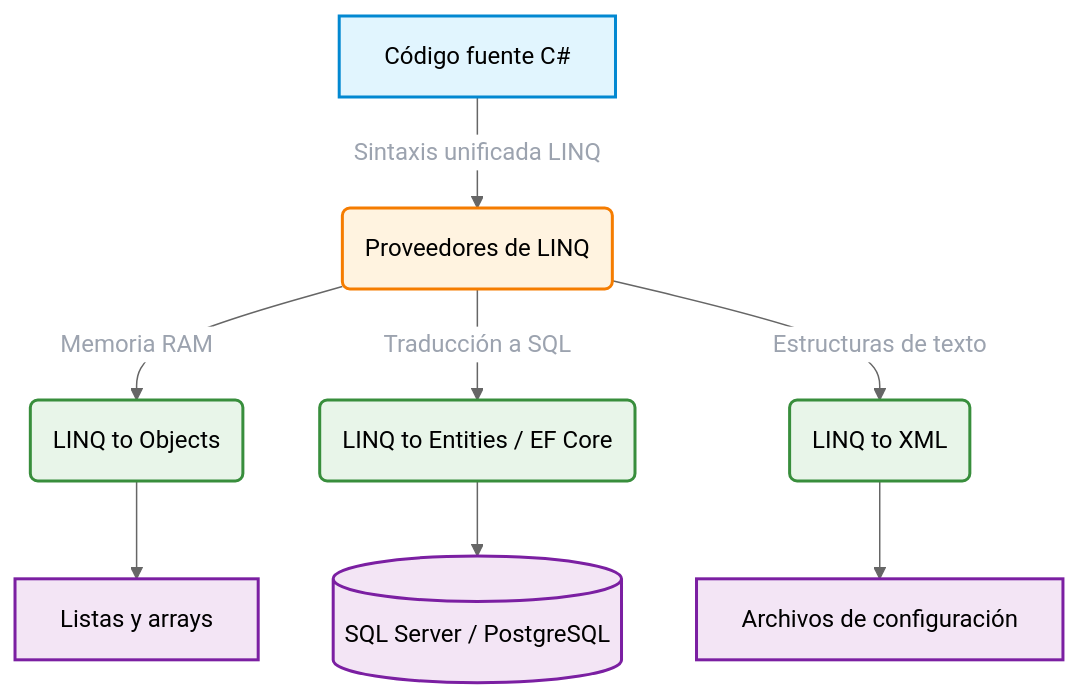
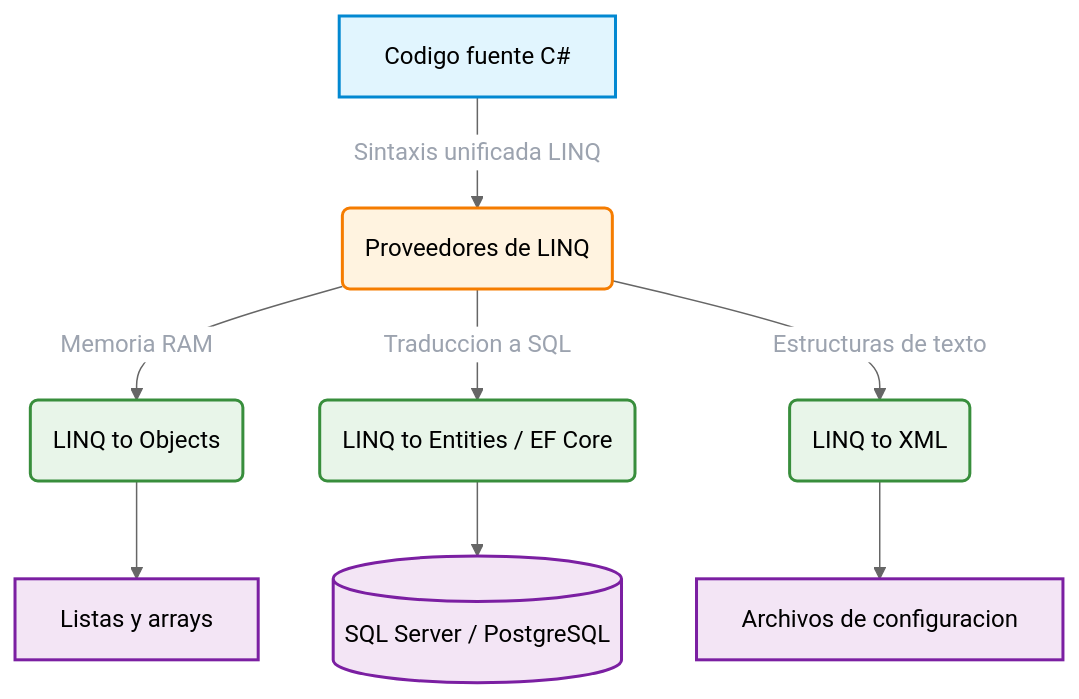
The third of 3 diagrams in docs/que-es-linq.md (mar991-c/Manual-linQ), drawn with Mermaid (neutral theme) before and after one commit. The commit also changed other lines of this file and 4 other files, not shown here.

````diff
--- a/docs/que-es-linq.md
+++ b/docs/que-es-linq.md
@@ -92,21 +123,21 @@
 ```mermaid
 graph TD
-    A[Código fuente C#] -->|Sintaxis unificada LINQ| B(Proveedores de LINQ)
+    A[Codigo fuente C#] -->|Sintaxis unificada LINQ| B(Proveedores de LINQ)
     B -->|Memoria RAM| C(LINQ to Objects)
-    B -->|Traducción a SQL| D(LINQ to Entities / EF Core)
+    B -->|Traduccion a SQL| D(LINQ to Entities / EF Core)
     B -->|Estructuras de texto| E(LINQ to XML)
     C --> F[Listas y arrays]
     D --> G[(SQL Server / PostgreSQL)]
-    E --> H[Archivos de configuración]
+    E --> H[Archivos de configuracion]
 
-    style A fill:#e1f5fe,stroke:#0288d1,stroke-width:2px,color:#000000
-    style B fill:#fff3e0,stroke:#f57c00,stroke-width:2px,color:#000000
-    style C fill:#e8f5e9,stroke:#388e3c,stroke-width:2px,color:#000000
-    style D fill:#e8f5e9,stroke:#388e3c,stroke-width:2px,color:#000000
-    style E fill:#e8f5e9,stroke:#388e3c,stroke-width:2px,color:#000000
-    style F fill:#f3e5f5,stroke:#7b1fa2,stroke-width:2px,color:#000000
-    style G fill:#f3e5f5,stroke:#7b1fa2,stroke-width:2px,color:#000000
-    style H fill:#f3e5f5,stroke:#7b1fa2,stroke-width:2px,color:#000000
+    style A fill:#e1f5fe,stroke:#0288d1,stroke-width:2px,color:#000
+    style B fill:#fff3e0,stroke:#f57c00,stroke-width:2px,color:#000
+    style C fill:#e8f5e9,stroke:#388e3c,stroke-width:2px,color:#000
+    style D fill:#e8f5e9,stroke:#388e3c,stroke-width:2px,color:#000
+    style E fill:#e8f5e9,stroke:#388e3c,stroke-width:2px,color:#000
+    style F fill:#f3e5f5,stroke:#7b1fa2,stroke-width:2px,color:#000
+    style G fill:#f3e5f5,stroke:#7b1fa2,stroke-width:2px,color:#000
+    style H fill:#f3e5f5,stroke:#7b1fa2,stroke-width:2px,color:#000
 
     linkStyle default color:#9ca3af
 ```
````
